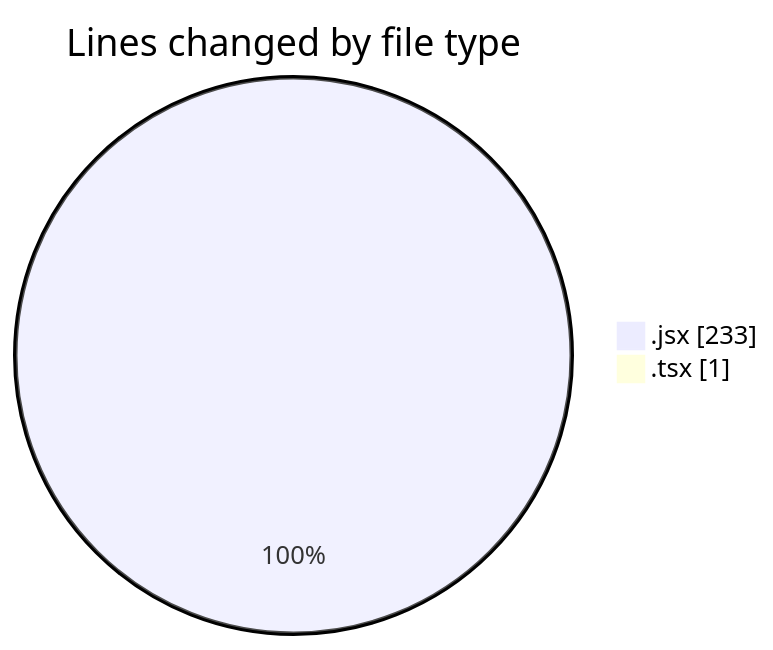
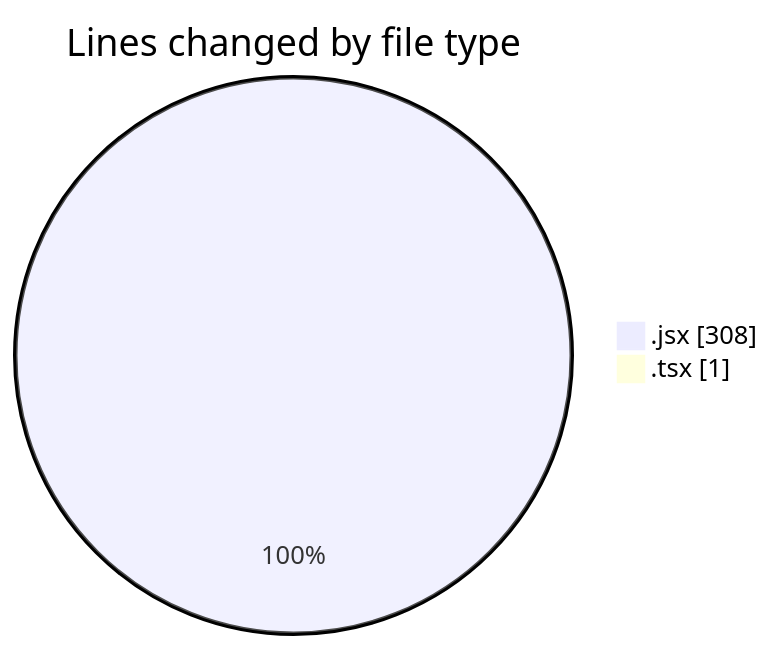
Before and after one commit to Elitesun/code-tracking: the first of 2 diagrams in 2025-02-10/react_ecom/README.md, drawn with Mermaid. The commit also changed other lines of this file and 1 other file, not shown here.

````diff
--- a/2025-02-10/react_ecom/README.md
+++ b/2025-02-10/react_ecom/README.md
@@ -25,6 +26,6 @@
 ```mermaid
 pie showData
 title Lines changed by file type
-".jsx" : 233
+".jsx" : 308
 ".tsx" : 1
 ```
````
